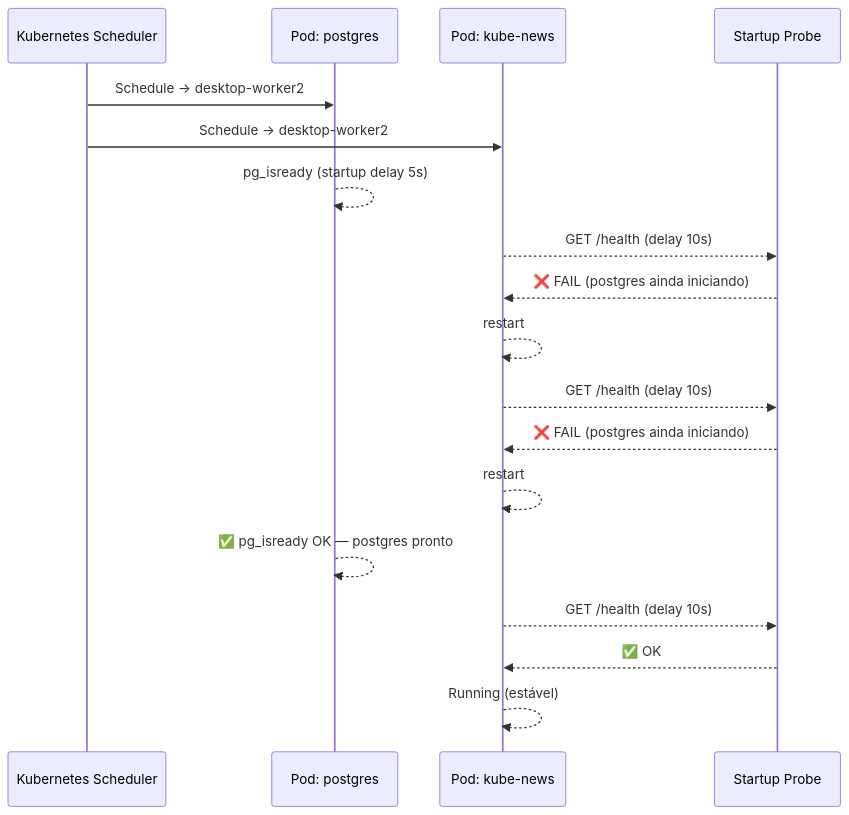
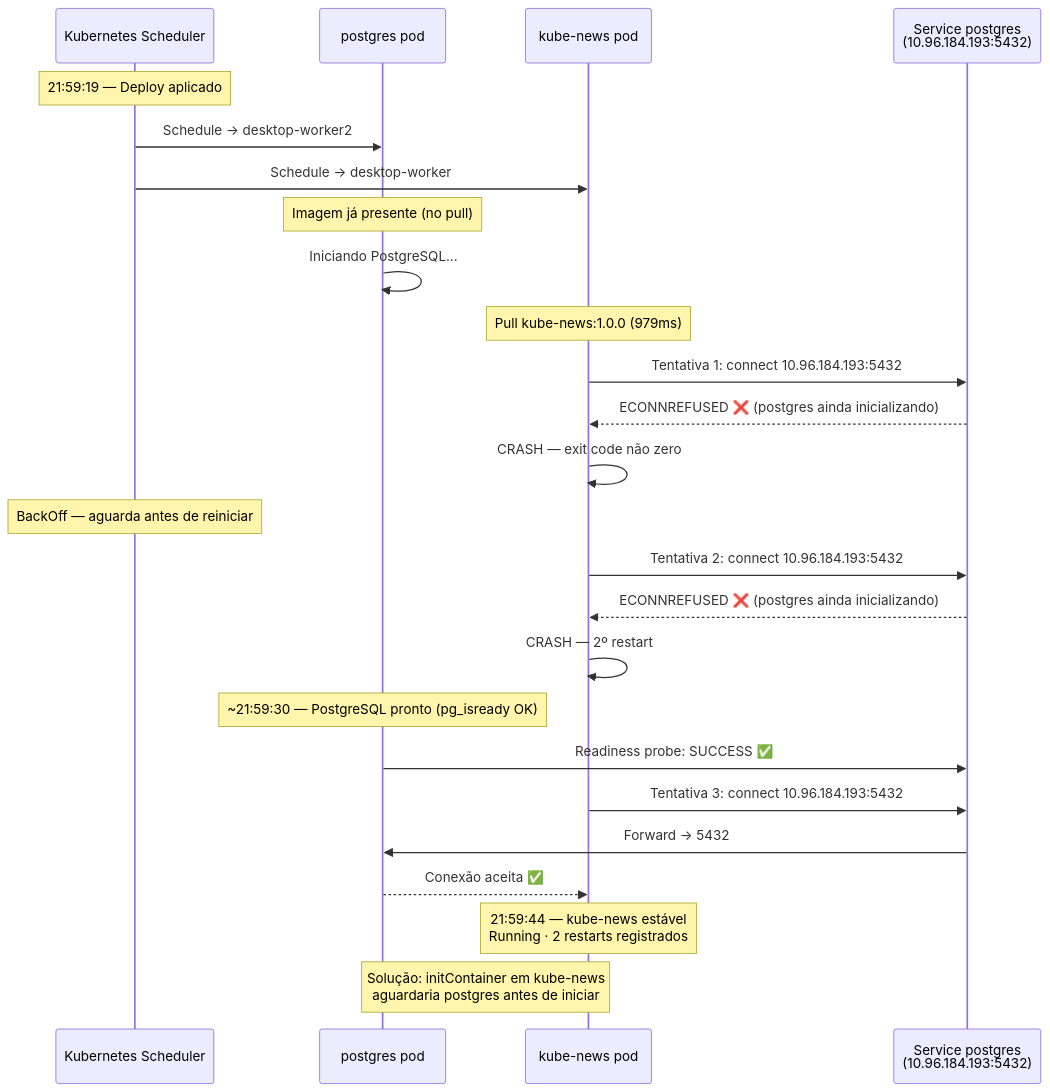
One commit to dvsvictor/kube-news-davis changed the sixth of 6 diagrams in diagrama-palestra.md. Above: the diagram before and after it, drawn with Mermaid. The commit also changed other lines of this file and 2 other files, not shown here.

First line of the commit message:
Atualizar relatório, diagramas e postmortem do cluster — sessão 2026-05-16

````diff
--- a/diagrama-palestra.md
+++ b/diagrama-palestra.md
@@ -163,21 +172,36 @@
 ```mermaid
 sequenceDiagram
     participant K8s as Kubernetes Scheduler
-    participant PG as Pod: postgres
-    participant APP as Pod: kube-news
-    participant PROBE as Startup Probe
+    participant PG as postgres pod
+    participant APP as kube-news pod
+    participant SVC as Service postgres<br/>(10.96.184.193:5432)
 
+    Note over K8s: 21:59:19 — Deploy aplicado
     K8s->>PG: Schedule → desktop-worker2
-    K8s->>APP: Schedule → desktop-worker2
-    PG-->>PG: pg_isready (startup delay 5s)
-    APP-->>PROBE: GET /health (delay 10s)
-    PROBE-->>APP: ❌ FAIL (postgres ainda iniciando)
-    APP-->>APP: restart #1
-    APP-->>PROBE: GET /health (delay 10s)
-    PROBE-->>APP: ❌ FAIL (postgres ainda iniciando)
-    APP-->>APP: restart #2
-    PG-->>PG: ✅ pg_isready OK — postgres pronto
-    APP-->>PROBE: GET /health (delay 10s)
-    PROBE-->>APP: ✅ OK
-    APP-->>APP: Running (estável)
+    K8s->>APP: Schedule → desktop-worker
+
+    Note over PG: Imagem já presente (no pull)
+    PG->>PG: Iniciando PostgreSQL...
+    Note over APP: Pull kube-news:1.0.0 (979ms)
+
+    APP->>SVC: Tentativa 1: connect 10.96.184.193:5432
+    SVC-->>APP: ECONNREFUSED ❌ (postgres ainda inicializando)
+    APP->>APP: CRASH — exit code não zero
+
+    Note over K8s: BackOff — aguarda antes de reiniciar
+
+    APP->>SVC: Tentativa 2: connect 10.96.184.193:5432
+    SVC-->>APP: ECONNREFUSED ❌ (postgres ainda inicializando)
+    APP->>APP: CRASH — 2º restart
+
+    Note over PG: ~21:59:30 — PostgreSQL pronto (pg_isready OK)
+    PG->>SVC: Readiness probe: SUCCESS ✅
+
+    APP->>SVC: Tentativa 3: connect 10.96.184.193:5432
+    SVC->>PG: Forward → 5432
+    PG-->>APP: Conexão aceita ✅
+
+    Note over APP: 21:59:44 — kube-news estável<br/>Running · 2 restarts registrados
+
+    Note over APP,PG: Solução: initContainer em kube-news<br/>aguardaria postgres antes de iniciar
 ```
````
